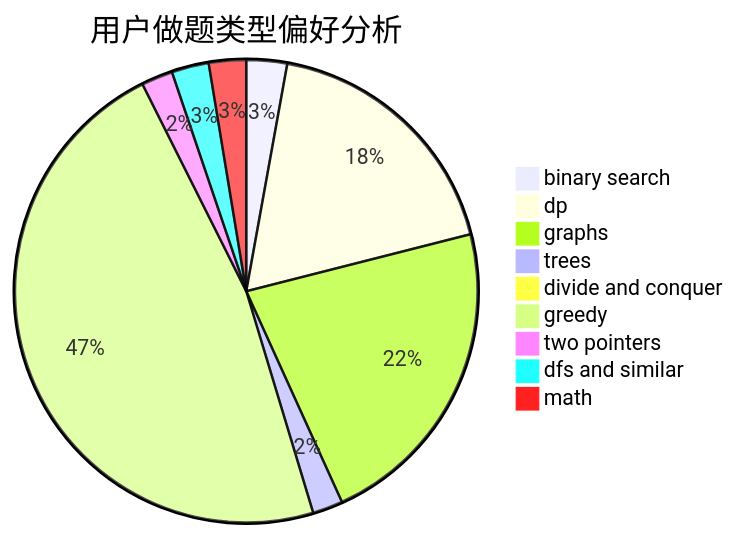
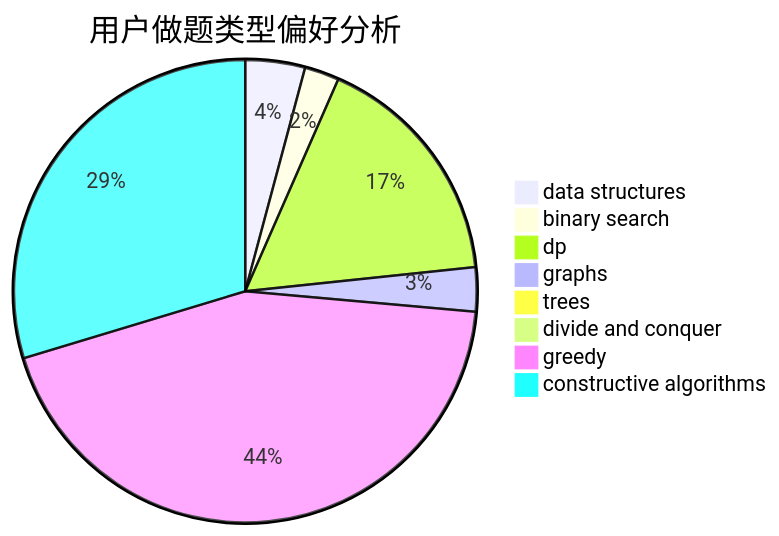
One commit to sherpahu/cfrs.github.io changed the second of 3 diagrams in docs/user/u2418.md. Above: the diagram before and after it, drawn with Mermaid. The commit also changed other lines of this file and 2775 other files, not shown here.

````diff
--- a/docs/user/u2418.md
+++ b/docs/user/u2418.md
@@ -23,12 +23,11 @@
 ```mermaid
 pie title 用户做题类型偏好分析
-    "binary search" :  35
-    "dp" :  224
-    "graphs" :  273
-    "trees" :  26
-    "divide and conquer" :  1
-    "greedy" :  582
-    "two pointers" :  27
-    "dfs and similar" :  32
-    "math" :  32
+    "data structures" :  50
+    "binary search" :  29
+    "dp" :  201
+    "graphs" :  37
+    "trees" :  9
+    "divide and conquer" :  0
+    "greedy" :  527
+    "constructive algorithms" :  356
 ```
````
